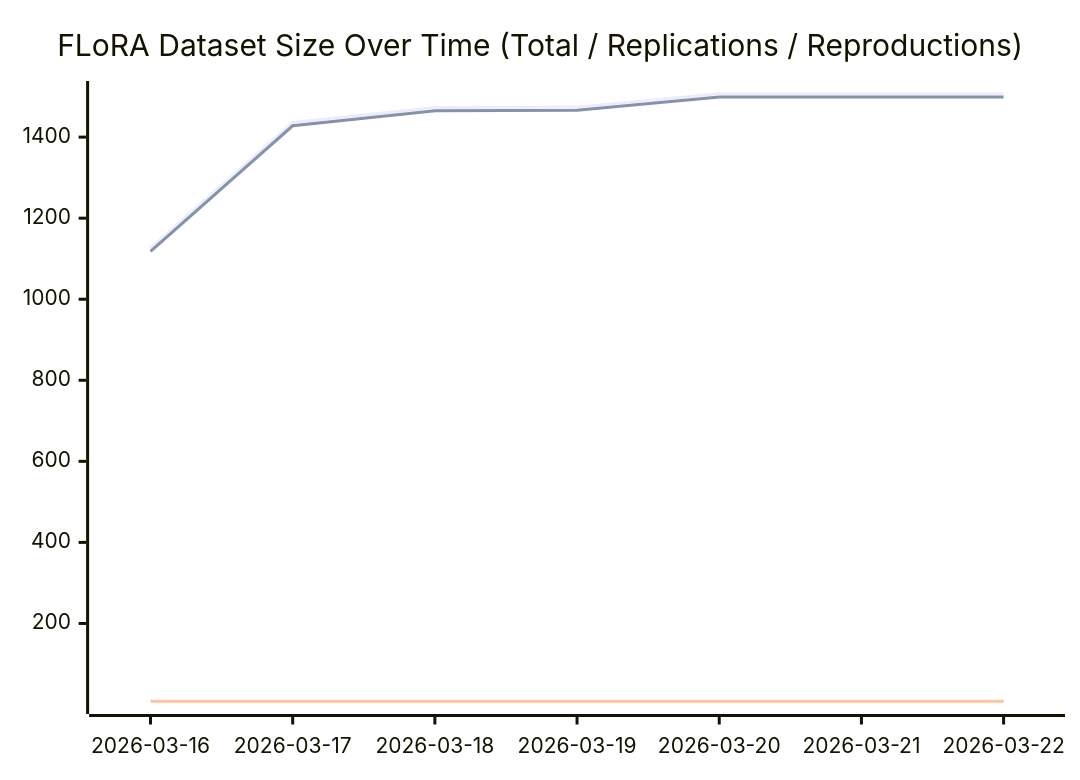
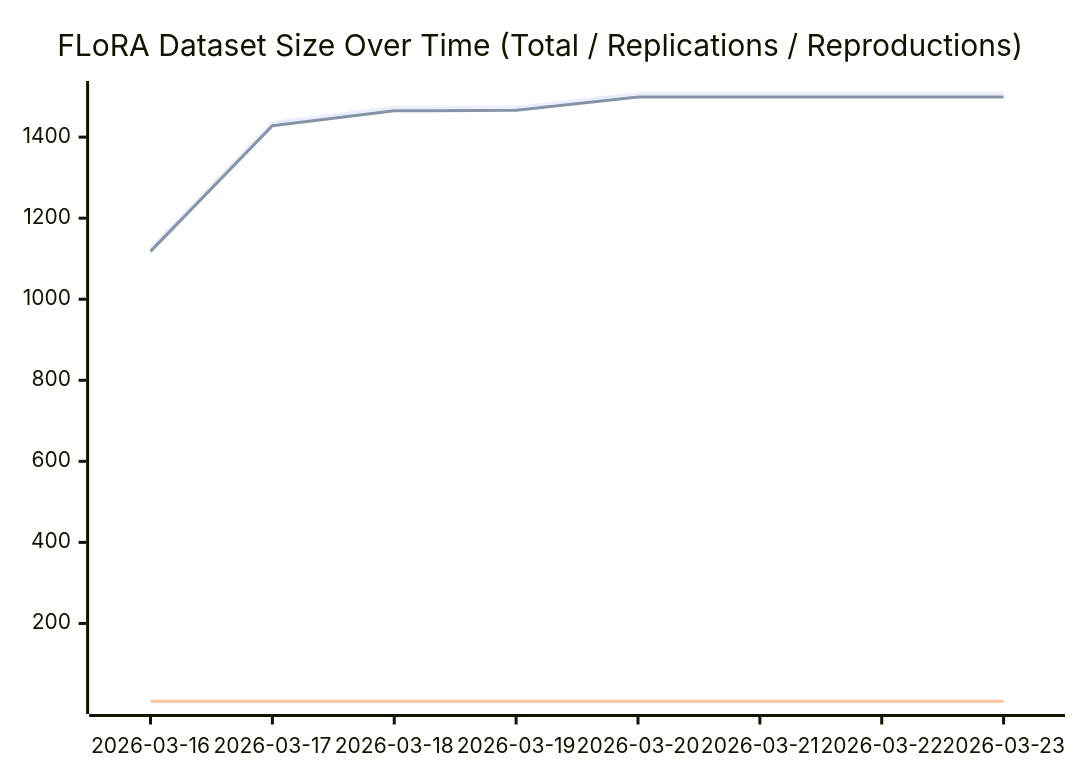
Before and after one commit to forrtproject/fred-data: the diagram in README.md, drawn with Mermaid. The commit also changed other lines of this file, not shown here.

Commit message:
Update flora.csv [automated]

````diff
--- a/README.md
+++ b/README.md
@@ -441,8 +441,8 @@
 ```mermaid
 xychart-beta
     title "FLoRA Dataset Size Over Time (Total / Replications / Reproductions)"
-    x-axis ["2026-03-16", "2026-03-17", "2026-03-18", "2026-03-19", "2026-03-20", "2026-03-21", "2026-03-22"]
-    line [1126, 1436, 1473, 1474, 1507, 1507, 1507]
-    line [1118, 1428, 1465, 1466, 1499, 1499, 1499]
-    line [8, 8, 8, 8, 8, 8, 8]
+    x-axis ["2026-03-16", "2026-03-17", "2026-03-18", "2026-03-19", "2026-03-20", "2026-03-21", "2026-03-22", "2026-03-23"]
+    line [1126, 1436, 1473, 1474, 1507, 1507, 1507, 1507]
+    line [1118, 1428, 1465, 1466, 1499, 1499, 1499, 1499]
+    line [8, 8, 8, 8, 8, 8, 8, 8]
 ```
````
